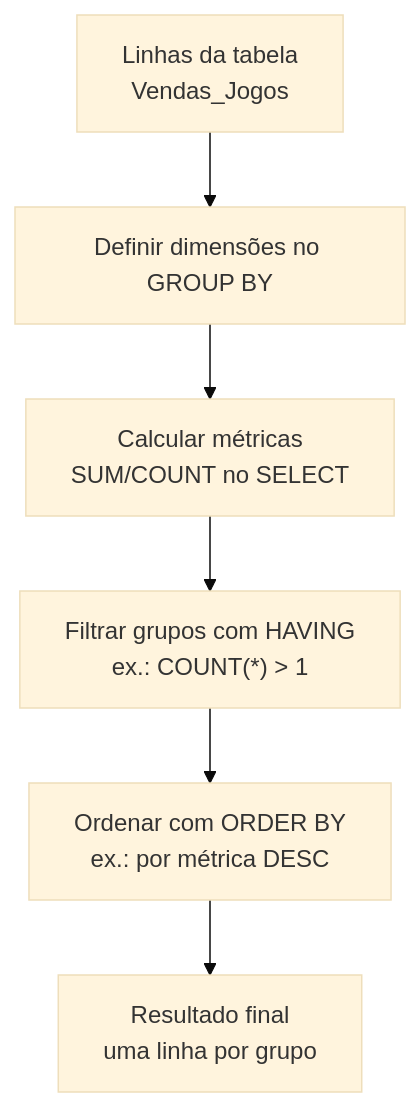
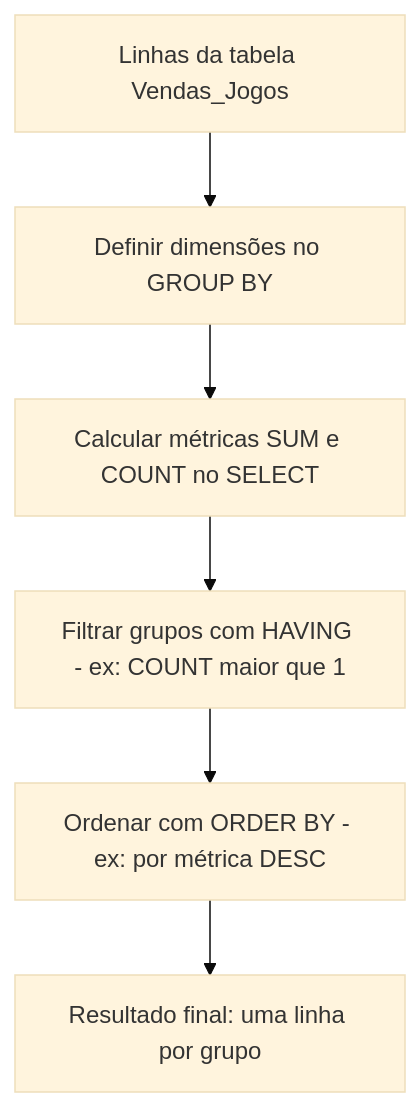
One commit to GaabDevWeb/ISS changed the first of 2 diagrams in content/visualizacao-sql/aula-15-sql-group-by-dimensoes-ordenacao-duplicatas.md. Above: the diagram before and after it, drawn with Mermaid (base theme). The commit also changed other lines of this file, not shown here.

Commit message:
feat: Add lesson on SQL `GROUP BY` with multiple dimensions, ordering aggregated rankings, and detecting duplicates with `HAVING COUNT(*)` in `vgsales` dataset.

````diff
--- a/content/visualizacao-sql/aula-15-sql-group-by-dimensoes-ordenacao-duplicatas.md
+++ b/content/visualizacao-sql/aula-15-sql-group-by-dimensoes-ordenacao-duplicatas.md
@@ -68,8 +68,8 @@
 ```mermaid
-flowchart TD
-    A["Linhas da tabela<br/>Vendas_Jogos"] --> B["Definir dimensões no GROUP BY"]
-    B --> C["Calcular métricas<br/>SUM/COUNT no SELECT"]
-    C --> D["Filtrar grupos com HAVING<br/>ex.: COUNT(*) > 1"]
-    D --> E["Ordenar com ORDER BY<br/>ex.: por métrica DESC"]
-    E --> F["Resultado final<br/>uma linha por grupo"]
+graph TD
+    A[Linhas da tabela Vendas_Jogos] --> B[Definir dimensões no GROUP BY]
+    B --> C[Calcular métricas SUM e COUNT no SELECT]
+    C --> D[Filtrar grupos com HAVING - ex: COUNT maior que 1]
+    D --> E[Ordenar com ORDER BY - ex: por métrica DESC]
+    E --> F[Resultado final: uma linha por grupo]
 ```
````
